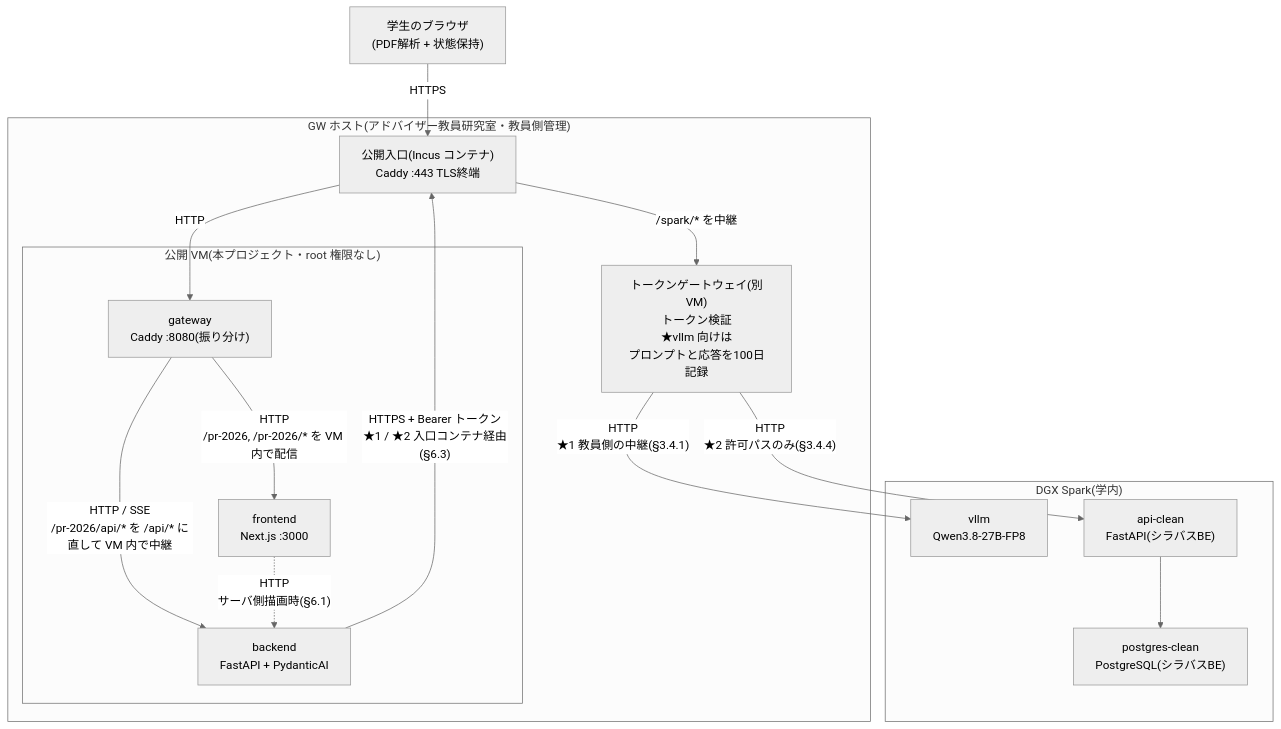
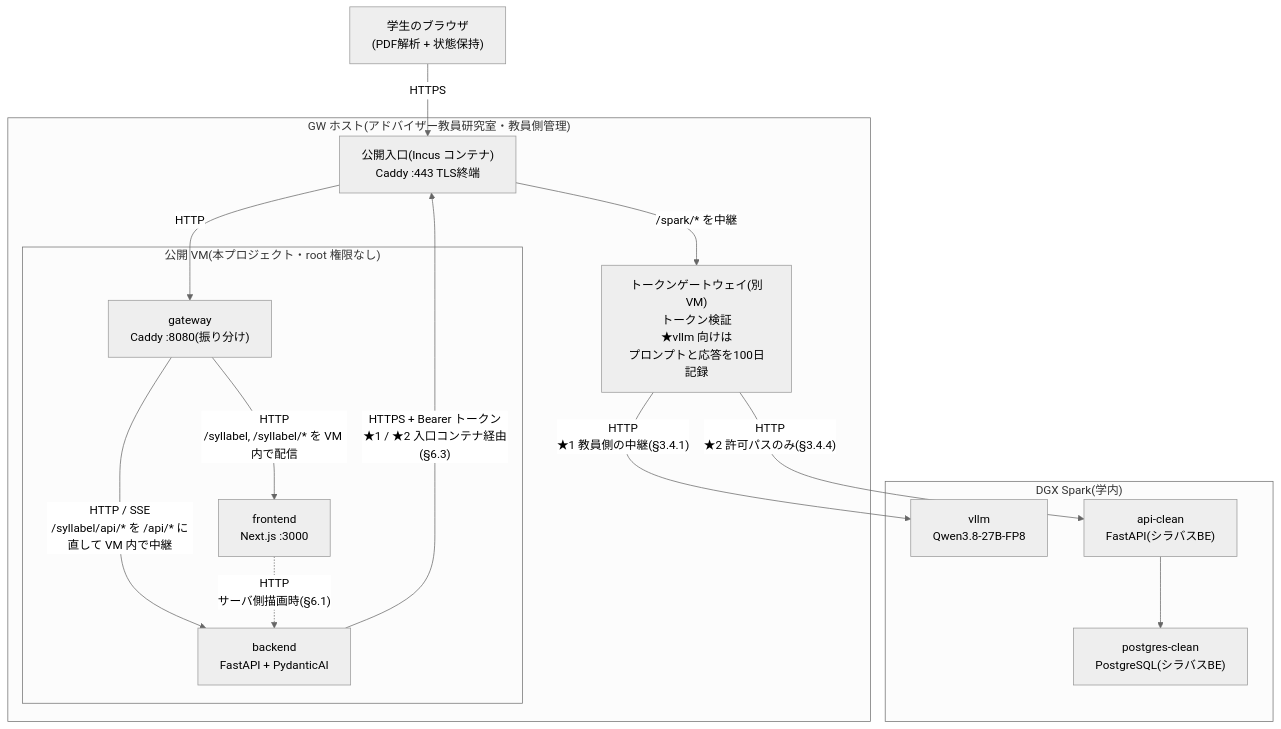
Before and after one commit to ProjectResearch2026/Syllabel: the diagram in docs/design/01-architecture.md, drawn with Mermaid (neutral theme). The commit also changed other lines of this file and 13 other files, not shown here.

````diff
--- a/docs/design/01-architecture.md
+++ b/docs/design/01-architecture.md
@@ -75,33 +75,33 @@
 ```mermaid
 %% エッジラベルは必ず "..." で囲む。丸括弧を裸で書くと GitHub 上で
 %% parse エラー(Unable to render rich display)になる。
 flowchart TB
     Browser["学生のブラウザ<br/>(PDF解析 + 状態保持)"]
 
     subgraph GWH["GW ホスト(アドバイザー教員研究室・教員側管理)"]
       Edge["公開入口(Incus コンテナ)<br/>Caddy :443 TLS終端"]
       TokenGW["トークンゲートウェイ(別VM)<br/>トークン検証<br/>★vllm 向けは<br/>プロンプトと応答を100日記録"]
       subgraph VM["公開 VM(本プロジェクト・root 権限なし)"]
         Gateway["gateway<br/>Caddy :8080(振り分け)"]
         Frontend["frontend<br/>Next.js :3000"]
         Backend["backend<br/>FastAPI + PydanticAI"]
       end
     end
 
     subgraph DGX["DGX Spark(学内)"]
       VLLM["vllm<br/>Qwen3.8-27B-FP8"]
       APIClean["api-clean<br/>FastAPI(シラバスBE)"]
       PG["postgres-clean<br/>PostgreSQL(シラバスBE)"]
     end
 
     Browser -->|"HTTPS"| Edge
     Edge -->|"HTTP"| Gateway
-    Gateway -->|"HTTP<br/>/pr-2026, /pr-2026/* を VM 内で配信"| Frontend
-    Gateway -->|"HTTP / SSE<br/>/pr-2026/api/* を /api/* に直して VM 内で中継"| Backend
+    Gateway -->|"HTTP<br/>/syllabel, /syllabel/* を VM 内で配信"| Frontend
+    Gateway -->|"HTTP / SSE<br/>/syllabel/api/* を /api/* に直して VM 内で中継"| Backend
     Frontend -.->|"HTTP<br/>サーバ側描画時(§6.1)"| Backend
     Backend -->|"HTTPS + Bearer トークン<br/>★1 / ★2 入口コンテナ経由(§6.3)"| Edge
     Edge -->|"/spark/* を中継"| TokenGW
     TokenGW -->|"HTTP<br/>★1 教員側の中継(§3.4.1)"| VLLM
     TokenGW -->|"HTTP<br/>★2 許可パスのみ(§3.4.4)"| APIClean
     APIClean --> PG
 ```
````
